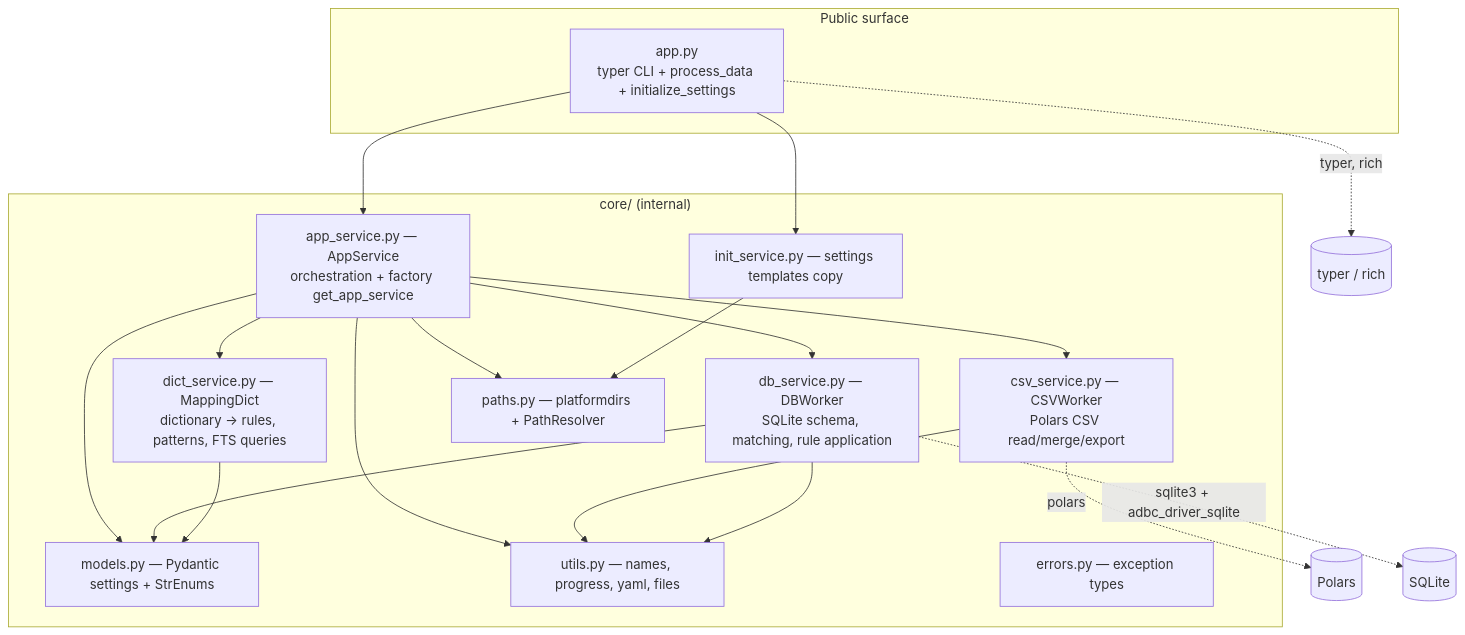
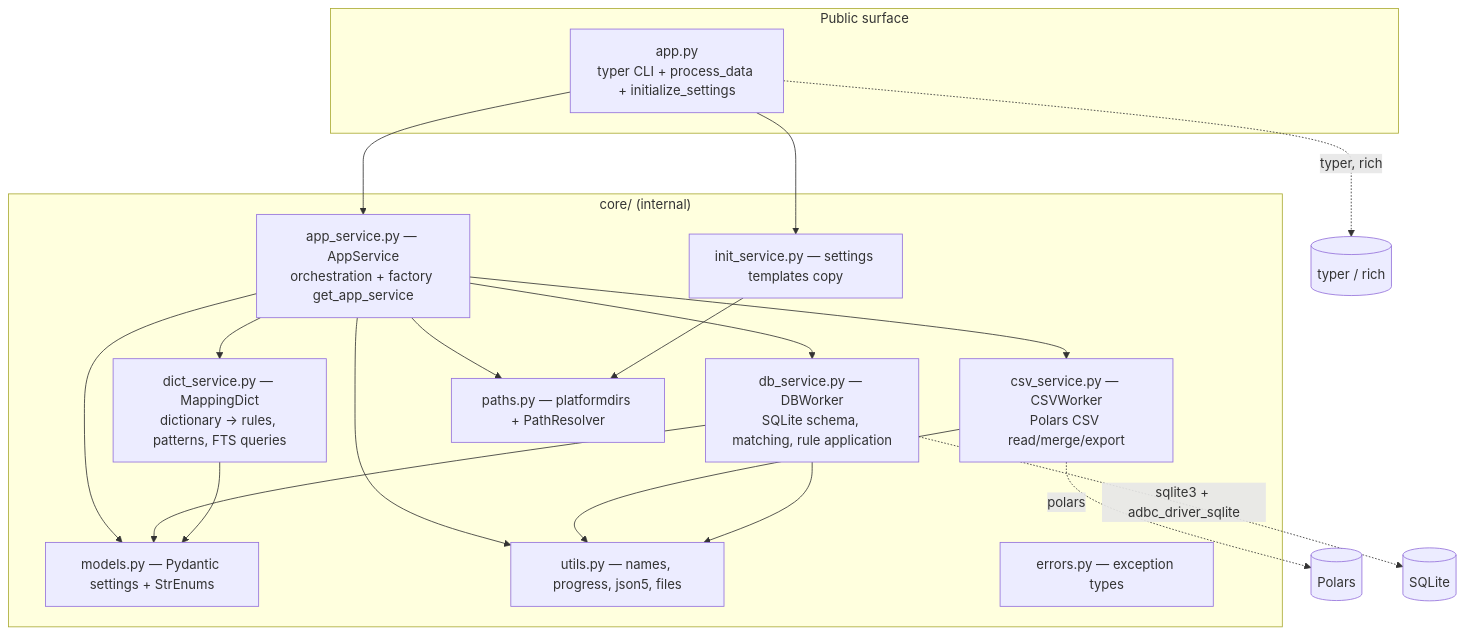
The second of 4 diagrams in docs/00-overview/architecture.md (manicko/mko_data_cleaner), drawn with Mermaid before and after one commit. The commit also changed other lines of this file and 6 other files, not shown here.

````diff
--- a/docs/00-overview/architecture.md
+++ b/docs/00-overview/architecture.md
@@ -44,33 +44,33 @@
 ```mermaid
 flowchart TD
     subgraph Public["Public surface"]
         APP["app.py<br/>typer CLI + process_data + initialize_settings"]
     end
     subgraph Core["core/ (internal)"]
         AS["app_service.py — AppService<br/>orchestration + factory get_app_service"]
         CSV["csv_service.py — CSVWorker<br/>Polars CSV read/merge/export"]
         DICT["dict_service.py — MappingDict<br/>dictionary -> rules, patterns, FTS queries"]
         DB["db_service.py — DBWorker<br/>SQLite schema, matching, rule application"]
         MODELS["models.py — Pydantic settings + StrEnums"]
         PATHS["paths.py — platformdirs + PathResolver"]
-        UTILS["utils.py — names, progress, yaml, files"]
+        UTILS["utils.py — names, progress, json5, files"]
         ERR["errors.py — exception types"]
         INIT["init_service.py — settings templates copy"]
     end
     APP --> AS
     APP --> INIT
     AS --> CSV
     AS --> DICT
     AS --> DB
     AS --> MODELS
     AS --> PATHS
     AS --> UTILS
     CSV --> UTILS
     DB --> MODELS
     DB --> UTILS
     DICT --> MODELS
     INIT --> PATHS
     CSV -.->|polars| EXT1[(Polars)]
     DB -.->|sqlite3 + adbc_driver_sqlite| EXT2[(SQLite)]
     APP -.->|typer, rich| EXT3[(typer / rich)]
 ```
````
